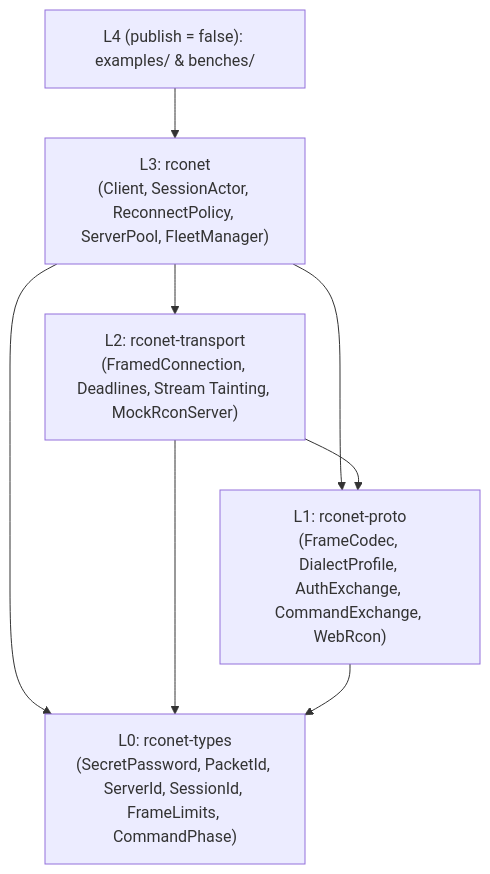
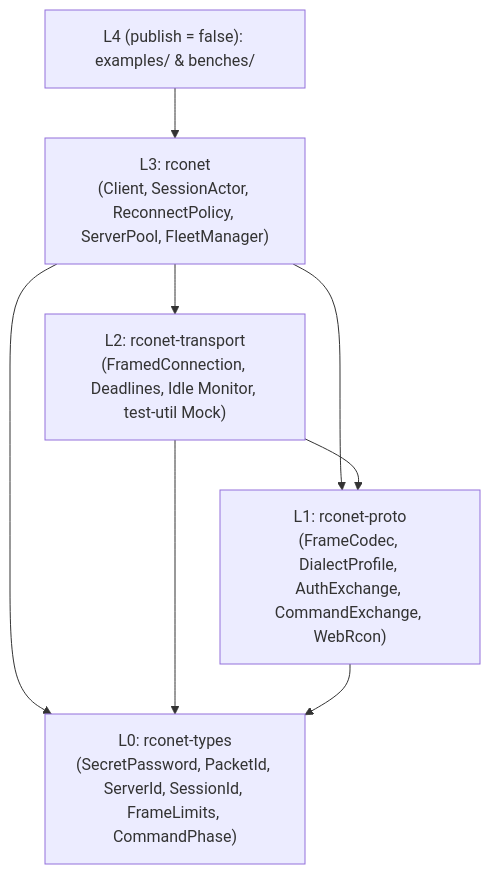
The first of 2 diagrams in docs/architecture.md (realalden27/rconet), drawn with Mermaid before and after one commit. The commit also changed other lines of this file and 11 other files, not shown here.

````diff
--- a/docs/architecture.md
+++ b/docs/architecture.md
@@ -9,16 +9,16 @@
 ```mermaid
 flowchart TD
     L4["L4 (publish = false): examples/ & benches/"]
     L3["L3: rconet<br/>(Client, SessionActor, ReconnectPolicy, ServerPool, FleetManager)"]
-    L2["L2: rconet-transport<br/>(FramedConnection, Deadlines, Stream Tainting, MockRconServer)"]
+    L2["L2: rconet-transport<br/>(FramedConnection, Deadlines, Idle Monitor, test-util Mock)"]
     L1["L1: rconet-proto<br/>(FrameCodec, DialectProfile, AuthExchange, CommandExchange, WebRcon)"]
     L0["L0: rconet-types<br/>(SecretPassword, PacketId, ServerId, SessionId, FrameLimits, CommandPhase)"]
 
     L4 --> L3
     L3 --> L2
     L3 --> L1
     L3 --> L0
     L2 --> L1
     L2 --> L0
     L1 --> L0
 ```
````
